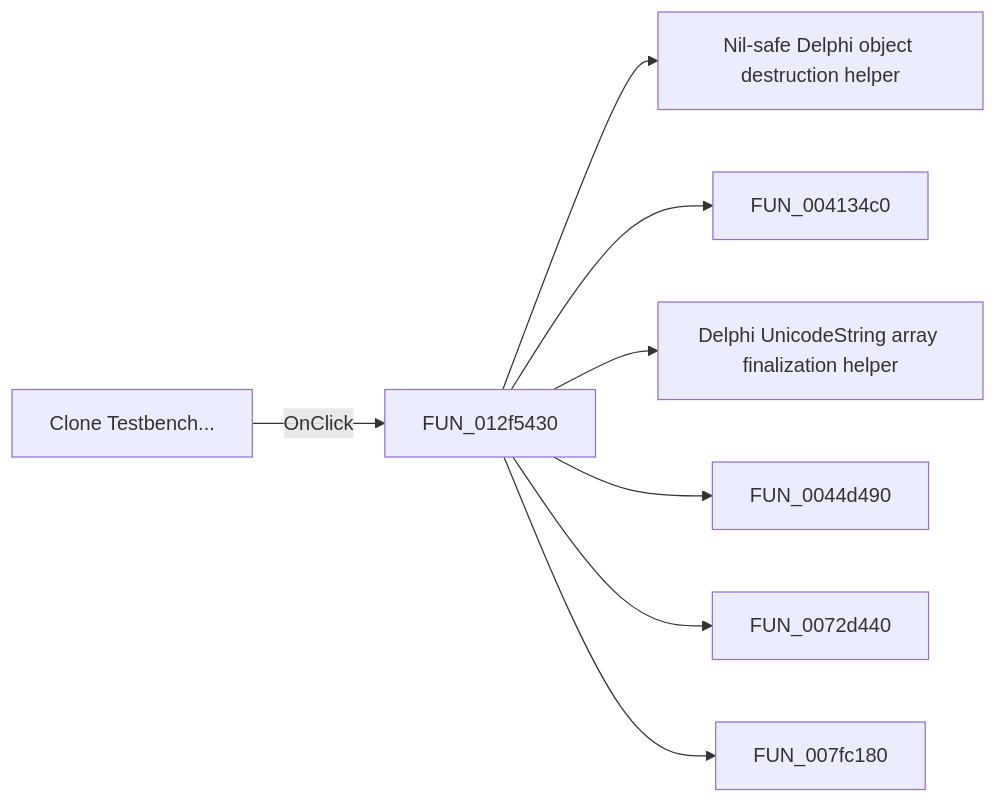
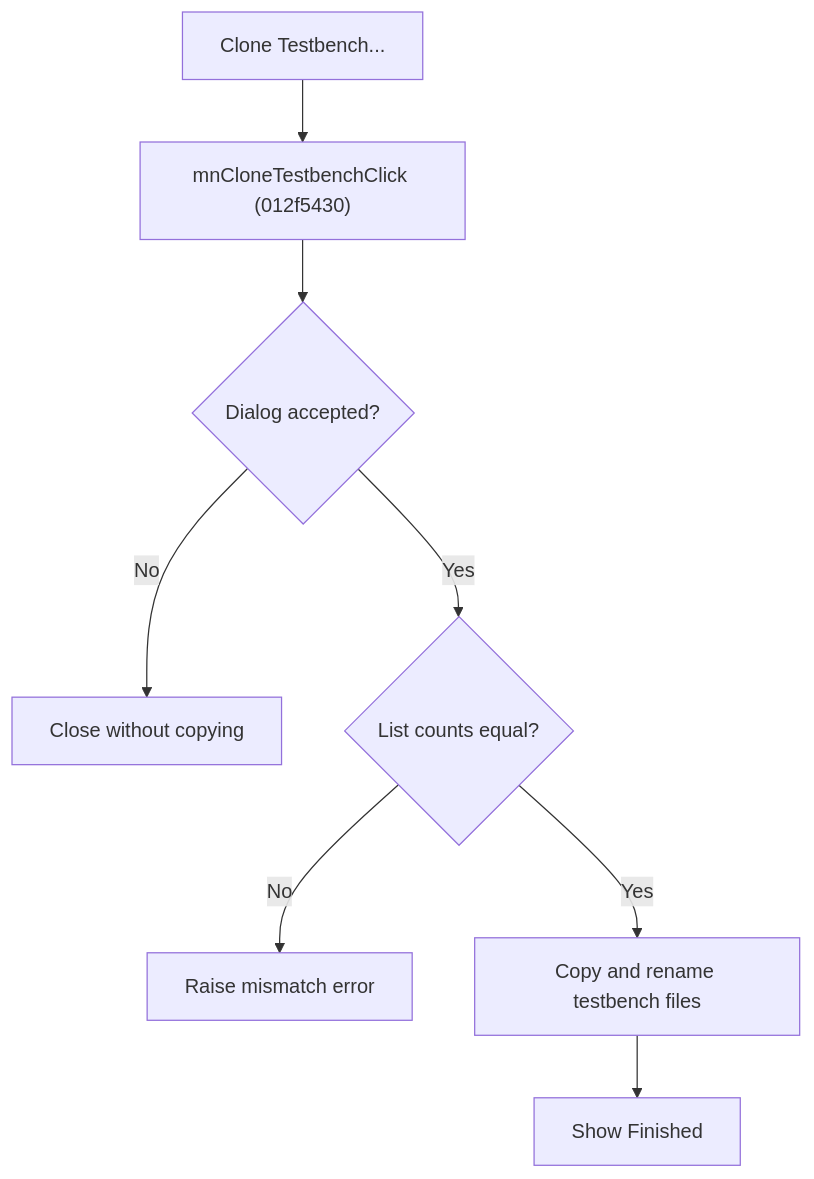
Before and after one commit to MovGP0/TIARA: the diagram in docs/ui-controls/frmmodeltestbencheditor/mnclonetestbench-19f62ad934.md, drawn with Mermaid. The commit also changed other lines of this file and 387 other files, not shown here.

````diff
--- a/docs/ui-controls/frmmodeltestbencheditor/mnclonetestbench-19f62ad934.md
+++ b/docs/ui-controls/frmmodeltestbencheditor/mnclonetestbench-19f62ad934.md
@@ -27,10 +29,10 @@
 ```mermaid
-flowchart LR
-    control["Clone Testbench..."] -->|OnClick| handler["FUN_012f5430"]
-    handler --> call1["Nil-safe Delphi object destruction helper"]
-    handler --> call2["FUN_004134c0"]
-    handler --> call3["Delphi UnicodeString array finalization helper"]
-    handler --> call4["FUN_0044d490"]
-    handler --> call5["FUN_0072d440"]
-    handler --> call6["FUN_007fc180"]
+flowchart TD
+    control["Clone Testbench..."] --> handler["mnCloneTestbenchClick (012f5430)"]
+    handler --> accepted{"Dialog accepted?"}
+    accepted -->|No| stop["Close without copying"]
+    accepted -->|Yes| lists{"List counts equal?"}
+    lists -->|No| error["Raise mismatch error"]
+    lists -->|Yes| copy["Copy and rename testbench files"]
+    copy --> done["Show Finished"]
 ```
````
